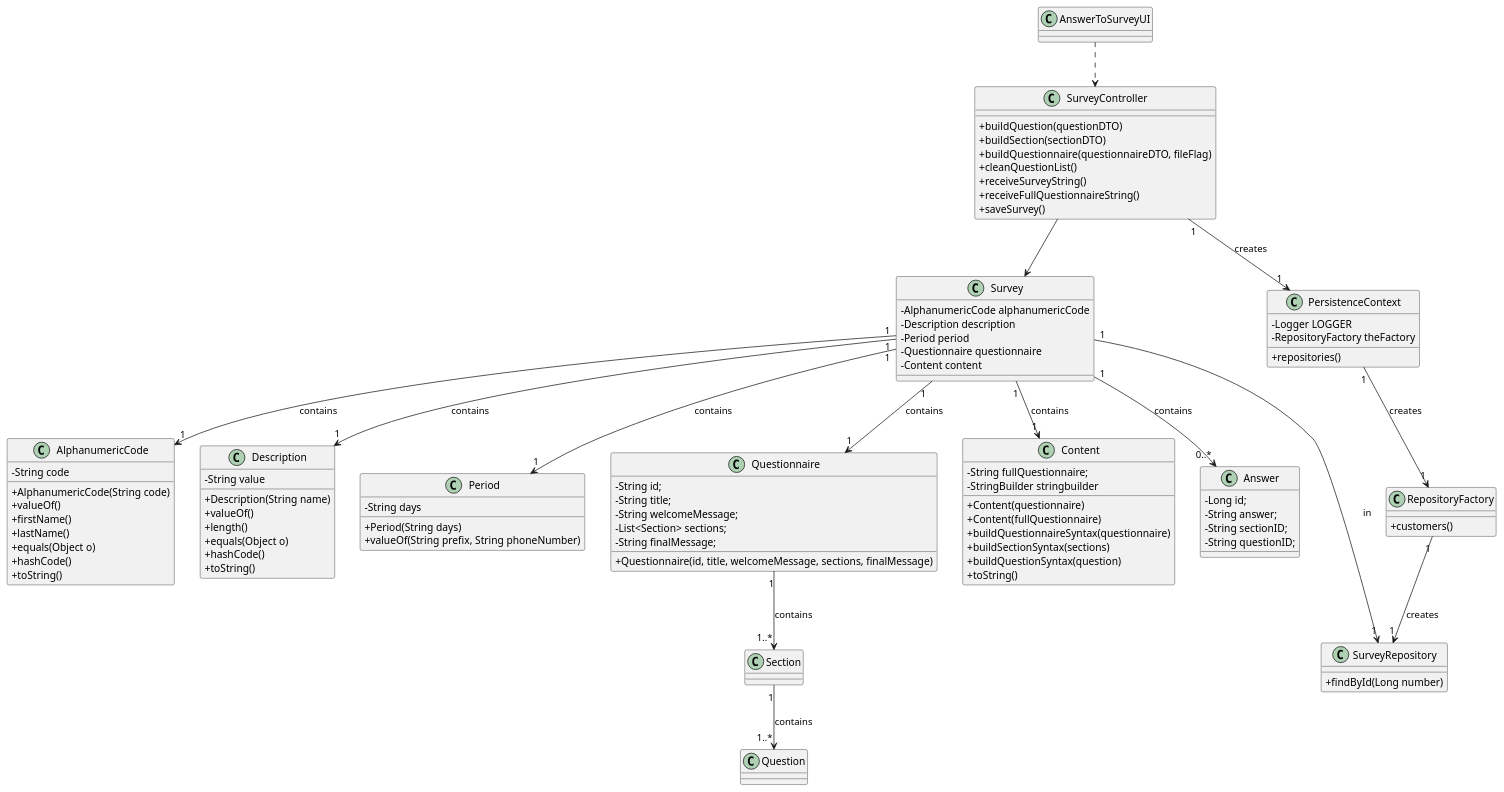
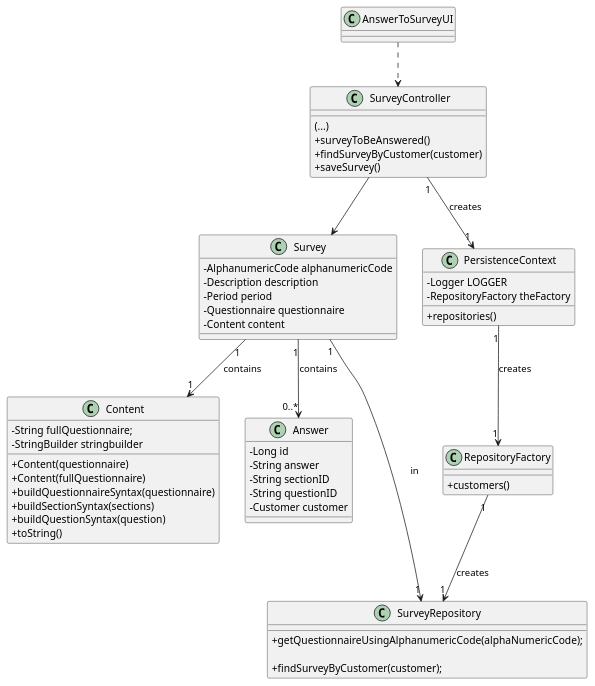
The diagram in docs/1201568/US3501/Diagramas/cd.puml (RuiRioPina/LAPR4-21-22), drawn with PlantUML before and after one commit. The commit also changed 10 other files, not shown here.

```diff
--- a/docs/1201568/US3501/Diagramas/cd.puml
+++ b/docs/1201568/US3501/Diagramas/cd.puml
@@ -1,136 +1,81 @@
 @startuml
 skinparam classAttributeIconSize 0
 
 Class "AnswerToSurveyUI"{
 }
 
 Class "SurveyController"{
-+buildQuestion(questionDTO)
-+buildSection(sectionDTO)
-+buildQuestionnaire(questionnaireDTO, fileFlag)
-+cleanQuestionList()
-+receiveSurveyString()
-+receiveFullQuestionnaireString()
+(...)
++surveyToBeAnswered()
++findSurveyByCustomer(customer)
 +saveSurvey()
 }
 
-Class "AlphanumericCode"{
--String code
-
-+AlphanumericCode(String code)
-+valueOf()
-+firstName()
-+lastName()
-+equals(Object o)
-+hashCode()
-+toString()
-}
-
-Class "Description"{
--String value
-
-+Description(String name)
-+valueOf()
-+length()
-+equals(Object o)
-+hashCode()
-+toString()
-}
-
-
-
-
-
-Class "Period"{
-     -String days
-     +Period(String days)
-     +valueOf(String prefix, String phoneNumber)
-}
-Class "Questionnaire"{
-     -String id;
-     -String title;
-     -String welcomeMessage;
-     -List<Section> sections;
-     -String finalMessage;
-
-+Questionnaire(id, title, welcomeMessage, sections, finalMessage)
-}
 
 class Content {
 -String fullQuestionnaire;
 -StringBuilder stringbuilder
 
 +Content(questionnaire)
 +Content(fullQuestionnaire)
 +buildQuestionnaireSyntax(questionnaire)
 +buildSectionSyntax(sections)
 +buildQuestionSyntax(question)
 +toString()
 
 }
 
 
 
 class Survey{
 -AlphanumericCode alphanumericCode
 -Description description
 -Period period
 -Questionnaire questionnaire
 -Content content
 }
 
 class Answer{
- - Long id;
- - String answer;
- - String sectionID;
- - String questionID;
+ - Long id
+ - String answer
+ - String sectionID
+ - String questionID
+ - Customer customer
 }
 
 class PersistenceContext {
 -Logger LOGGER
 -RepositoryFactory theFactory
 +repositories()
 }
 
 class RepositoryFactory{
 +customers()
 }
 
 class SurveyRepository{
-+findById(Long number)
++getQuestionnaireUsingAlphanumericCode(alphaNumericCode);
+
++findSurveyByCustomer(customer);
 }
 
 AnswerToSurveyUI..> "SurveyController"
 
-
 SurveyController --> Survey
 
 
-
-
-
-"AlphanumericCode" "1" <-u- "1" Survey : contains
-"Description" "1" <-u- "1" Survey : contains
-"Period" "1" <-u- "1" Survey : contains
-"Questionnaire" "1" <-u- "1" Survey : contains
 "Content" "1" <-u- "1" Survey : contains
 "Answer" "0..*" <-u- "1" Survey : contains
-
-
-"Questionnaire" "1" --> "1..*" "Section" :contains
-
-"Section" "1" --> "1..*" "Question" :contains
-
 
 
 "SurveyController" "1" --> "1" "PersistenceContext" :creates
 
 
 "PersistenceContext" "1" --> "1" "RepositoryFactory" :creates
 
 
 "RepositoryFactory" "1" --> "1" "SurveyRepository"  :creates
 
 
 "Survey" "1" --> "1" "SurveyRepository" :in
 @enduml
```
